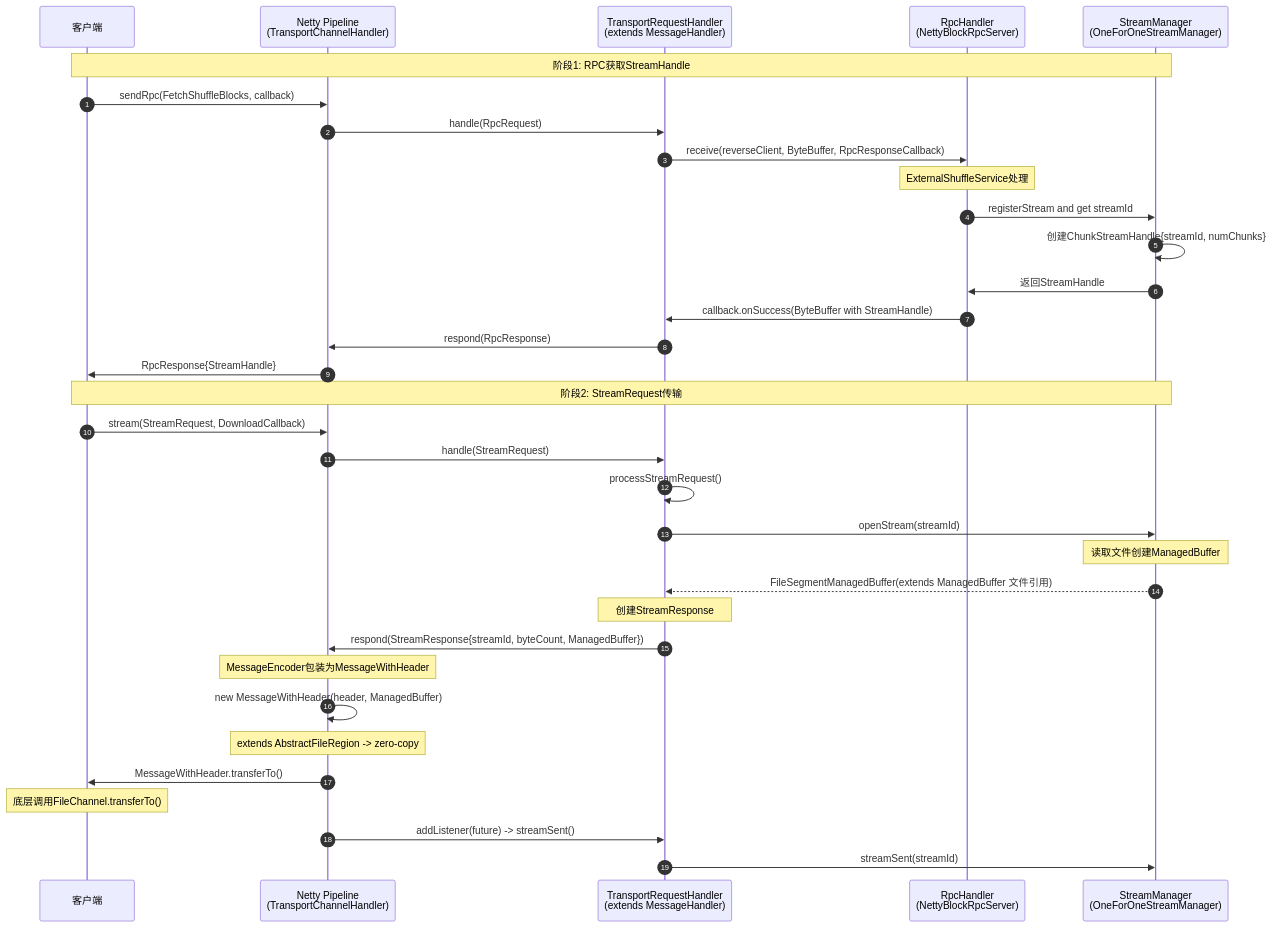
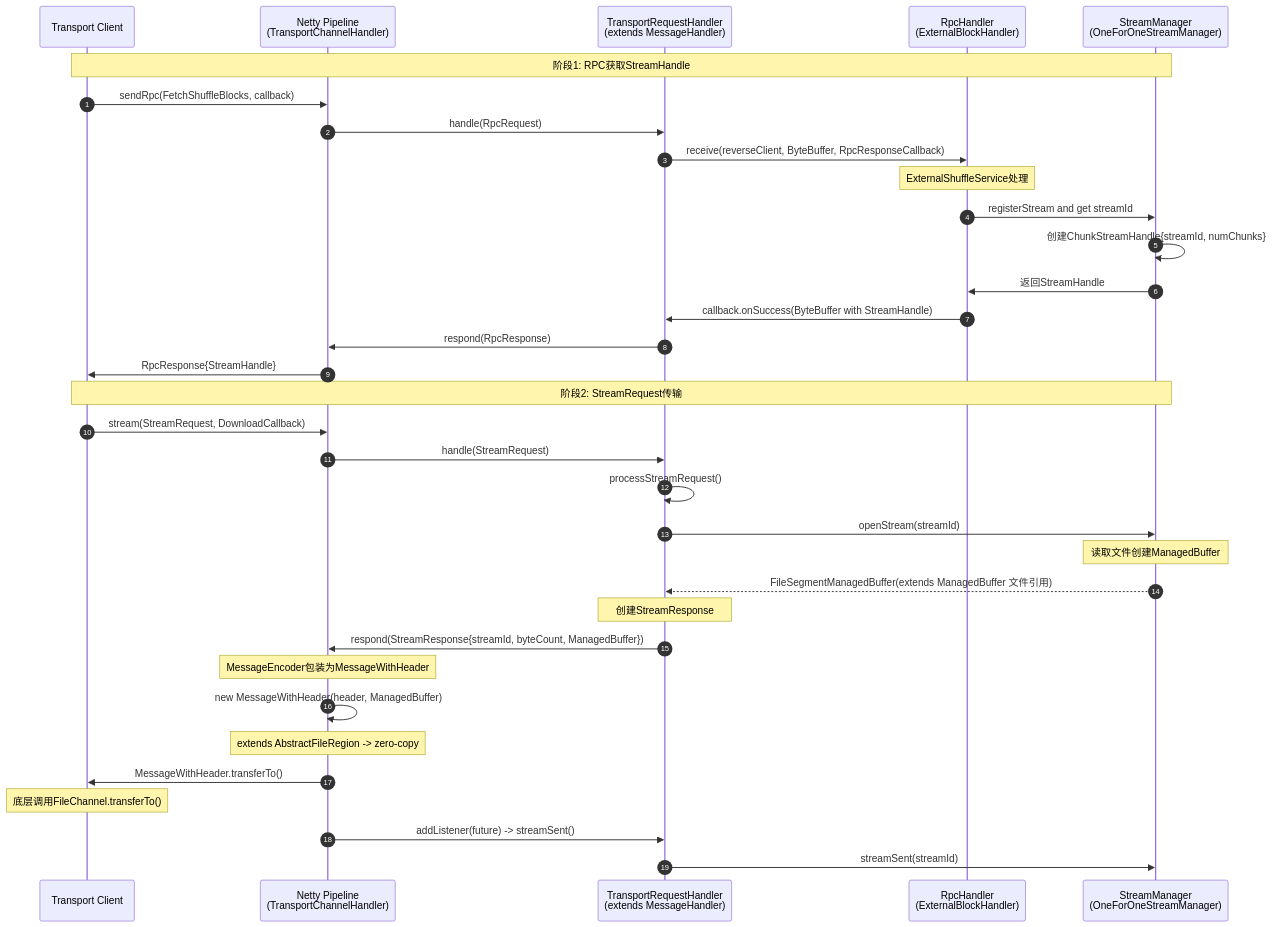
One commit to juntaozhang/juntaozhang.github.io changed the ninth of 17 diagrams in spark/spark3.3.1/task_execution.md. Above: the diagram before and after it, drawn with Mermaid. The commit also changed other lines of this file, not shown here.

Commit message:
[spark] shuffle deep dive in netty

````diff
--- a/spark/spark3.3.1/task_execution.md
+++ b/spark/spark3.3.1/task_execution.md
@@ -724,47 +764,47 @@
 ```mermaid
   sequenceDiagram
     autonumber
-    participant Client as 客户端
+    participant Client as Transport Client
     participant Pipeline as Netty Pipeline<br/>(TransportChannelHandler)
     participant TRH as TransportRequestHandler<br/>(extends MessageHandler)
-    participant RP as RpcHandler<br/>(NettyBlockRpcServer)
+    participant RP as RpcHandler<br/>(ExternalBlockHandler)
     participant SCM as StreamManager<br/>(OneForOneStreamManager)
 
 
 %% 第一阶段：RPC请求处理
     Note over Client,SCM: 阶段1: RPC获取StreamHandle
     Client->>Pipeline: sendRpc(FetchShuffleBlocks, callback)
     Pipeline->>TRH: handle(RpcRequest)
     TRH->>RP: receive(reverseClient, ByteBuffer, RpcResponseCallback)
     Note over RP: ExternalShuffleService处理
     RP->>SCM: registerStream and get streamId
     SCM->>SCM: 创建ChunkStreamHandle{streamId, numChunks}
     SCM->>RP: 返回StreamHandle
     RP->>TRH: callback.onSuccess(ByteBuffer with StreamHandle)
     TRH->>Pipeline: respond(RpcResponse)
     Pipeline->>Client: RpcResponse{StreamHandle}
 
 %% 第二阶段：Stream请求处理
     Note over Client,SCM: 阶段2: StreamRequest传输
     Client->>Pipeline: stream(StreamRequest, DownloadCallback)
     Pipeline->>TRH: handle(StreamRequest)
     TRH->>TRH: processStreamRequest()
 
     TRH->>SCM: openStream(streamId)
     Note over SCM: 读取文件创建ManagedBuffer
     SCM-->>TRH: FileSegmentManagedBuffer(extends ManagedBuffer 文件引用)
 
     Note over TRH: 创建StreamResponse
     TRH->>Pipeline: respond(StreamResponse{streamId, byteCount, ManagedBuffer})
 
     Note over Pipeline: MessageEncoder包装为MessageWithHeader
     Pipeline->>Pipeline: new MessageWithHeader(header, ManagedBuffer)
     Note over Pipeline: extends AbstractFileRegion -> zero-copy
 
     Pipeline->>Client: MessageWithHeader.transferTo()
     Note over Client: 底层调用FileChannel.transferTo()
 
 %% 完成回调
     Pipeline->>TRH: addListener(future) -> streamSent()
     TRH->>SCM: streamSent(streamId)
 ```
````
